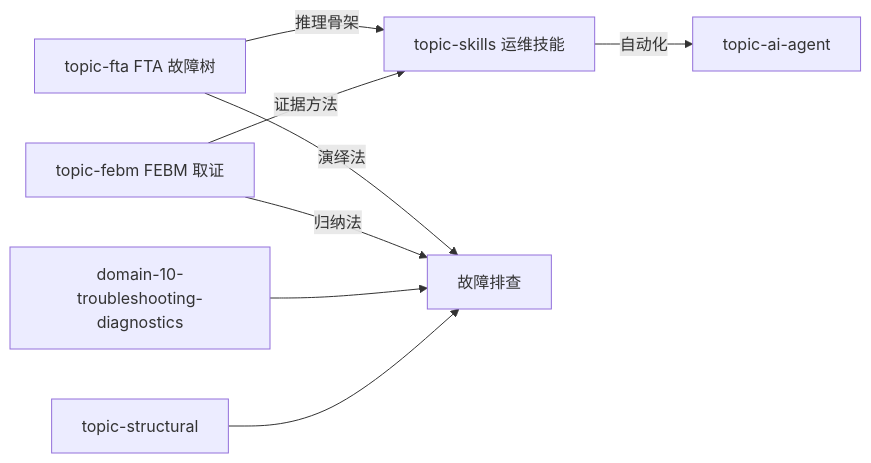
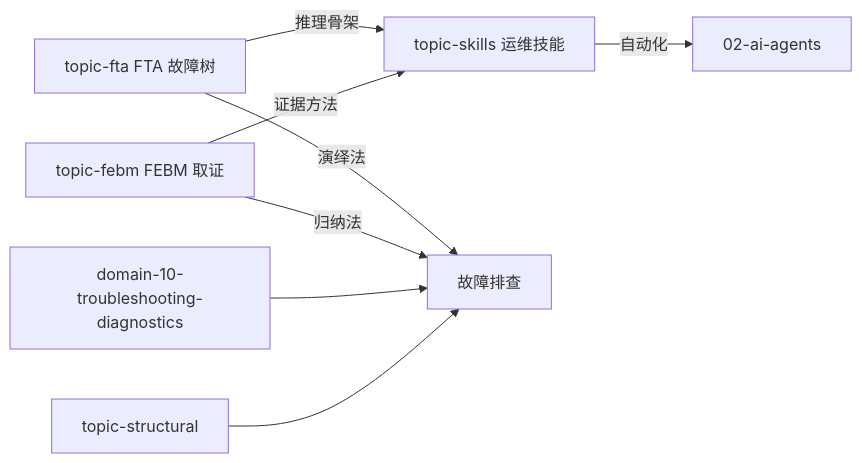
One commit to kudig-io/kudig-database changed the second of 3 diagrams in _meta/metadata/knowledge-map.md. Above: the diagram before and after it, drawn with Mermaid. The commit also changed other lines of this file and 299 other files, not shown here.

````diff
--- a/_meta/metadata/knowledge-map.md
+++ b/_meta/metadata/knowledge-map.md
@@ -78,10 +78,10 @@
 ```mermaid
 graph LR
     FTA[topic-fta FTA 故障树] --> |推理骨架| SKILLS[topic-skills 运维技能]
     FEBM[topic-febm FEBM 取证] --> |证据方法| SKILLS
     FTA --> |演绎法| TS[故障排查]
     FEBM --> |归纳法| TS
     TS12[domain-10-troubleshooting-diagnostics] --> TS
     STS[topic-structural] --> TS
-    SKILLS --> |自动化| AGENT[topic-ai-agent]
+    SKILLS --> |自动化| AGENT[02-ai-agents]
 ```
````
